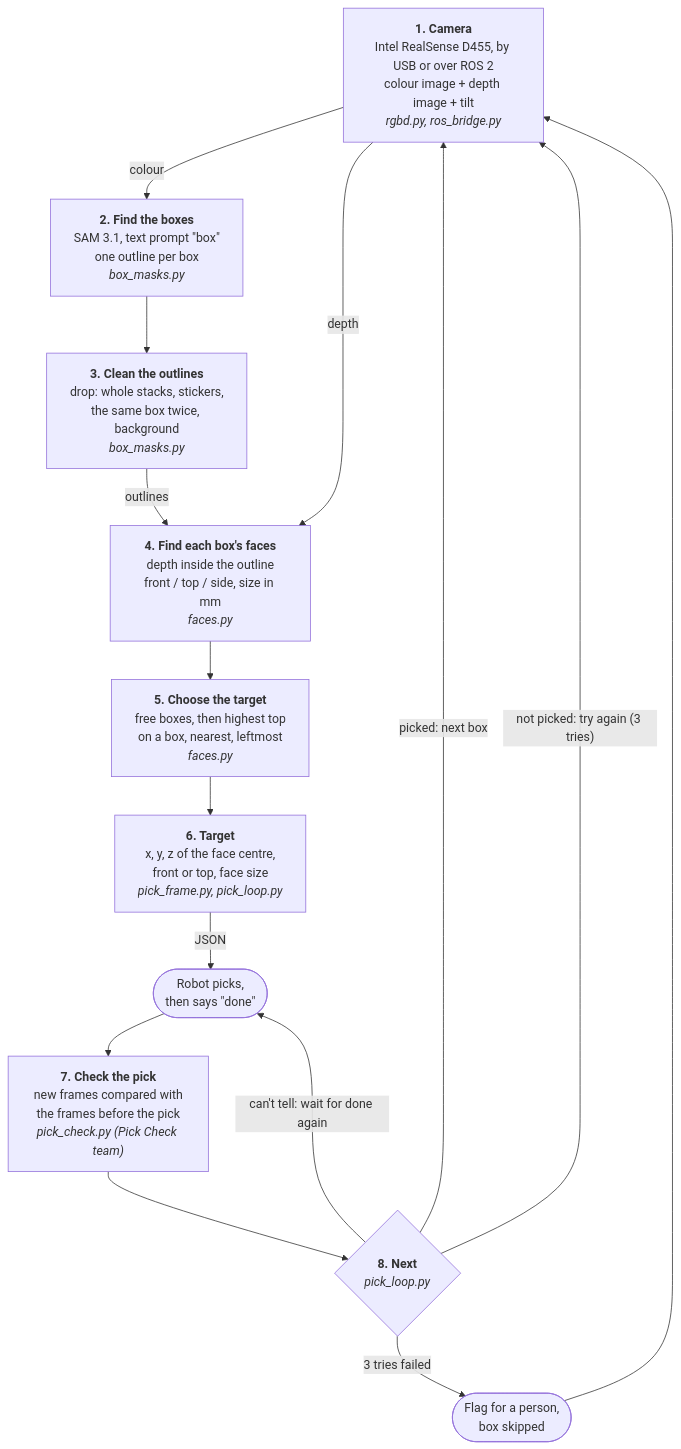
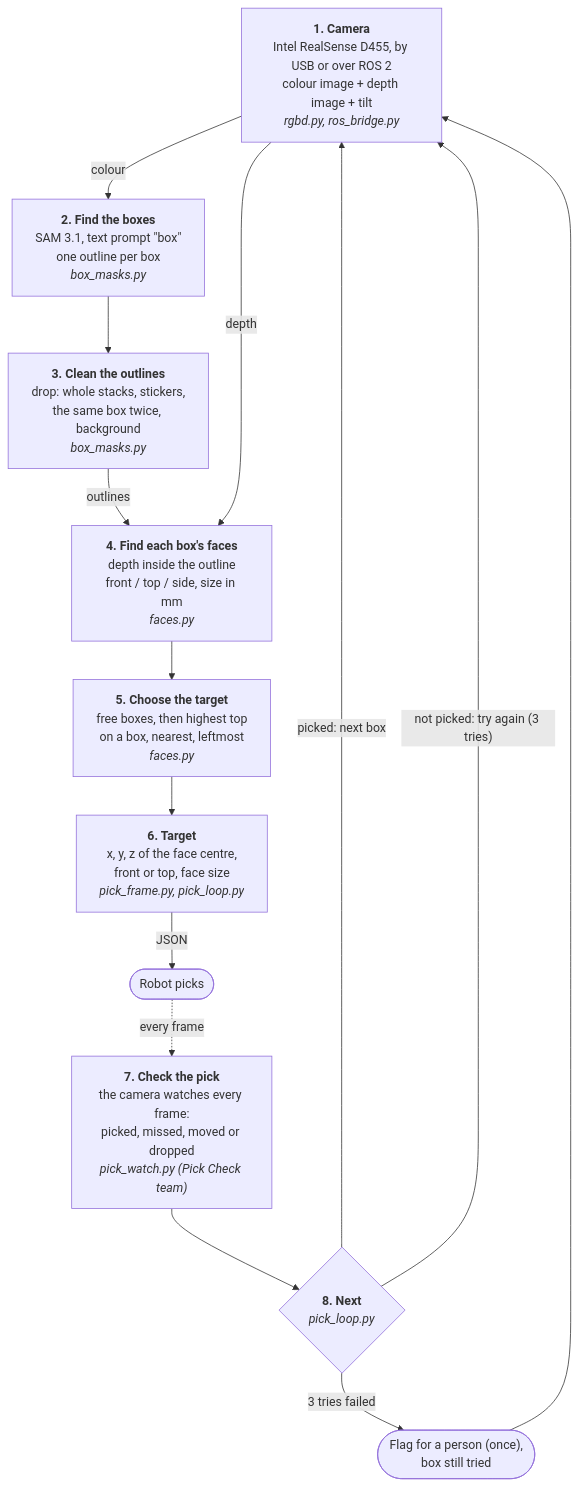
One commit to Jedin14/OArm-Cumotion changed the diagram in box_picker/docs/architecture.md. Above: the diagram before and after it, drawn with Mermaid. The commit also changed other lines of this file and 101 other files, not shown here.

````diff
--- a/box_picker/docs/architecture.md
+++ b/box_picker/docs/architecture.md
@@ -16,28 +16,27 @@
 ```mermaid
 flowchart TD
     CAM["<b>1. Camera</b><br/>Intel RealSense D455, by USB or over ROS 2<br/>colour image + depth image + tilt<br/><i>rgbd.py, ros_bridge.py</i>"]
     SAM["<b>2. Find the boxes</b><br/>SAM 3.1, text prompt &quot;box&quot;<br/>one outline per box<br/><i>box_masks.py</i>"]
     CLEAN["<b>3. Clean the outlines</b><br/>drop: whole stacks, stickers,<br/>the same box twice, background<br/><i>box_masks.py</i>"]
     FACES["<b>4. Find each box's faces</b><br/>depth inside the outline<br/>front / top / side, size in mm<br/><i>faces.py</i>"]
     PICK["<b>5. Choose the target</b><br/>free boxes, then highest top<br/>on a box, nearest, leftmost<br/><i>faces.py</i>"]
     OUT["<b>6. Target</b><br/>x, y, z of the face centre,<br/>front or top, face size<br/><i>pick_frame.py, pick_loop.py</i>"]
-    ROBOT(["Robot picks,<br/>then says &quot;done&quot;"])
-    CHECK["<b>7. Check the pick</b><br/>new frames compared with<br/>the frames before the pick<br/><i>pick_check.py (Pick Check team)</i>"]
+    ROBOT(["Robot picks"])
+    CHECK["<b>7. Check the pick</b><br/>the camera watches every frame:<br/>picked, missed, moved or dropped<br/><i>pick_watch.py (Pick Check team)</i>"]
     NEXT{"<b>8. Next</b><br/><i>pick_loop.py</i>"}
-    FLAG(["Flag for a person,<br/>box skipped"])
+    FLAG(["Flag for a person (once),<br/>box still tried"])
 
     CAM -- colour --> SAM
     SAM --> CLEAN
     CLEAN -- outlines --> FACES
     CAM -- depth --> FACES
     FACES --> PICK
     PICK --> OUT
     OUT -- JSON --> ROBOT
-    ROBOT --> CHECK
+    ROBOT -. "every frame" .-> CHECK
     CHECK --> NEXT
     NEXT -- "picked: next box" --> CAM
     NEXT -- "not picked: try again (3 tries)" --> CAM
-    NEXT -- "can't tell: wait for done again" --> ROBOT
     NEXT -- "3 tries failed" --> FLAG
     FLAG --> CAM
 ```
````
